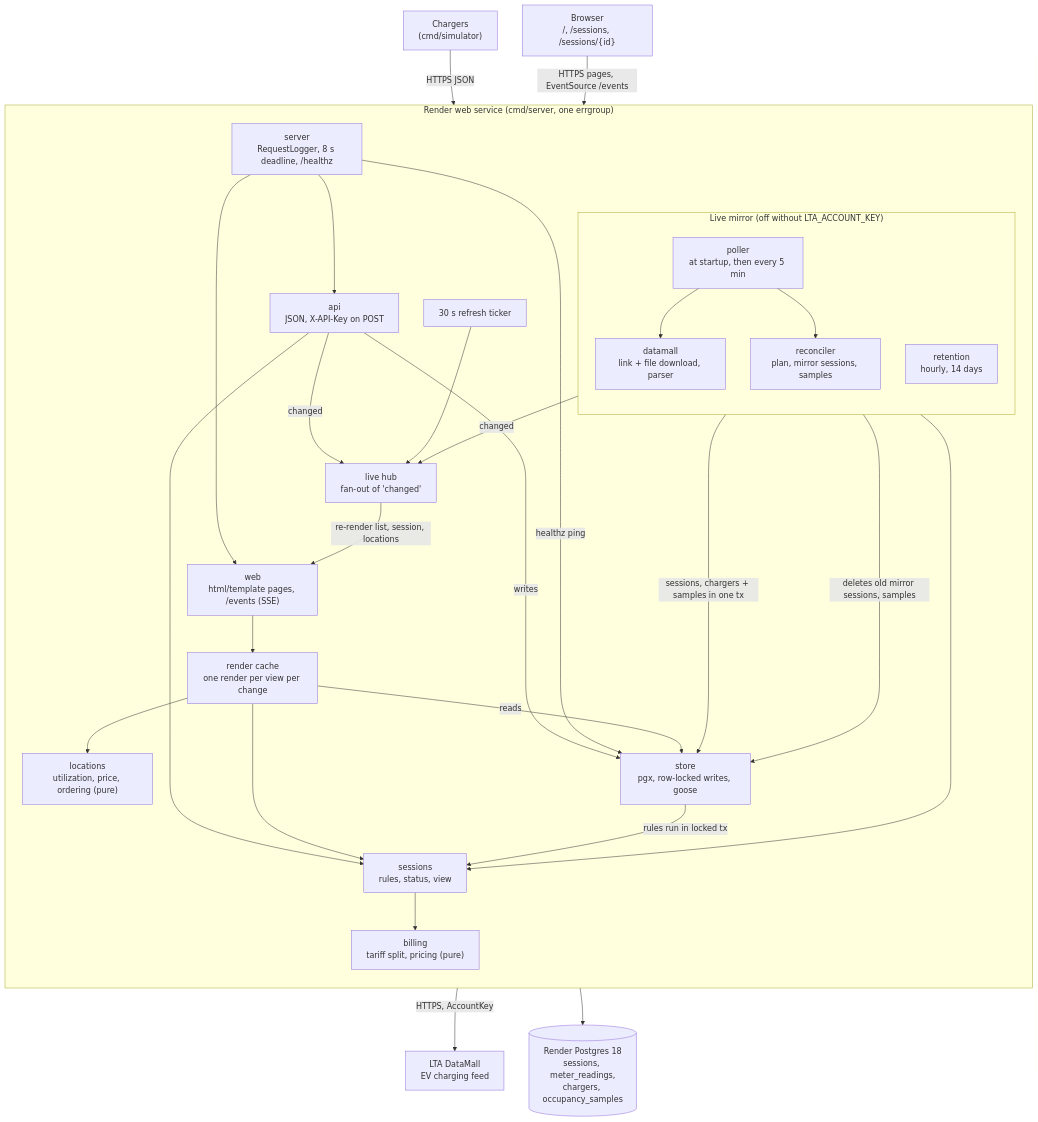
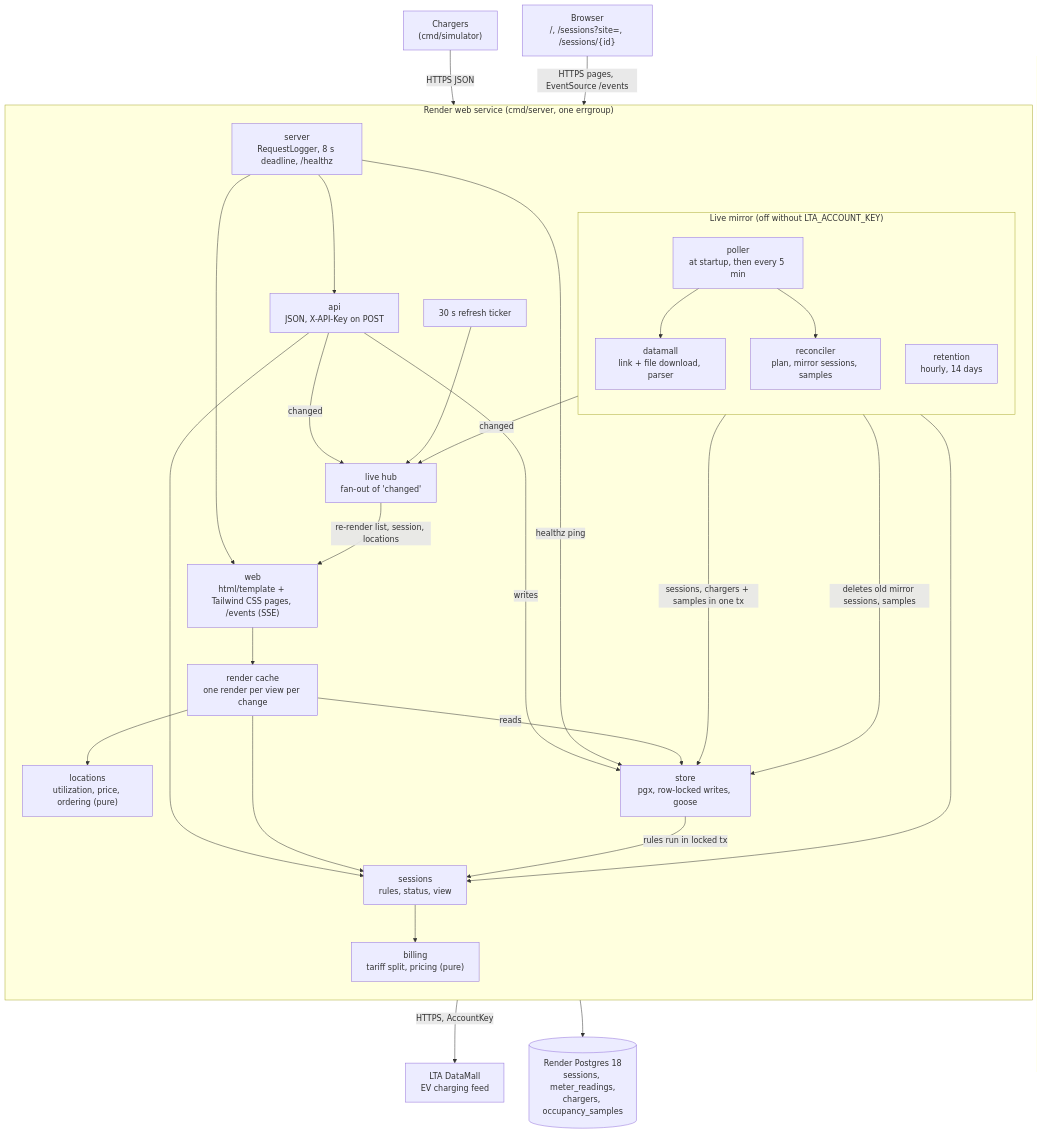
The second of 3 diagrams in README.md (jlimty/ev-bill), drawn with Mermaid before and after one commit. The commit also changed other lines of this file and 19 other files, not shown here.

````diff
--- a/README.md
+++ b/README.md
@@ -11,57 +53,57 @@
 ```mermaid
 flowchart TB
     SIM["Chargers<br/>(cmd/simulator)"]
-    BROWSER["Browser<br/>/, /sessions, /sessions/{id}"]
+    BROWSER["Browser<br/>/, /sessions?site=, /sessions/{id}"]
     LTA["LTA DataMall<br/>EV charging feed"]
 
     subgraph RENDER["Render web service (cmd/server, one errgroup)"]
         direction TB
         SRV["server<br/>RequestLogger, 8 s deadline, /healthz"]
         API["api<br/>JSON, X-API-Key on POST"]
-        WEB["web<br/>html/template pages, /events (SSE)"]
+        WEB["web<br/>html/template + Tailwind CSS pages, /events (SSE)"]
         RC["render cache<br/>one render per view per change"]
         LOC["locations<br/>utilization, price, ordering (pure)"]
         SES["sessions<br/>rules, status, view"]
         BIL["billing<br/>tariff split, pricing (pure)"]
         STO["store<br/>pgx, row-locked writes, goose"]
 
         subgraph MIRROR["Live mirror (off without LTA_ACCOUNT_KEY)"]
             direction TB
             DM["datamall<br/>link + file download, parser"]
             POLL["poller<br/>at startup, then every 5 min"]
             REC["reconciler<br/>plan, mirror sessions, samples"]
             RET["retention<br/>hourly, 14 days"]
             POLL --> DM
             POLL --> REC
         end
 
         HUB["live hub<br/>fan-out of 'changed'"]
         TICK["30 s refresh ticker"]
 
         SRV --> API
         SRV --> WEB
         API --> SES
         WEB --> RC
         RC --> SES
         RC --> LOC
         SES --> BIL
         API -->|"writes"| STO
         API -->|"changed"| HUB
         SRV -->|"healthz ping"| STO
         RC -->|"reads"| STO
         STO -->|"rules run in locked tx"| SES
         REC --> SES
         REC -->|"sessions, chargers + samples in one tx"| STO
         RET -->|"deletes old mirror sessions, samples"| STO
         REC -->|"changed"| HUB
         TICK --> HUB
         HUB -->|"re-render list, session, locations"| WEB
     end
 
     DB[("Render Postgres 18<br/>sessions, meter_readings,<br/>chargers, occupancy_samples")]
 
     SIM -->|"HTTPS JSON"| SRV
     BROWSER -->|"HTTPS pages, EventSource /events"| SRV
     DM -->|"HTTPS, AccountKey"| LTA
     STO --> DB
 ```
````
